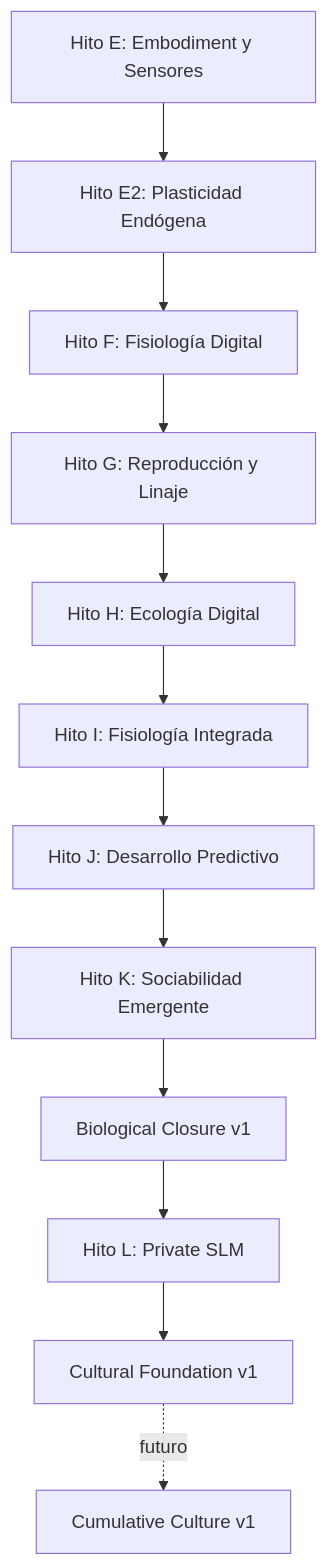
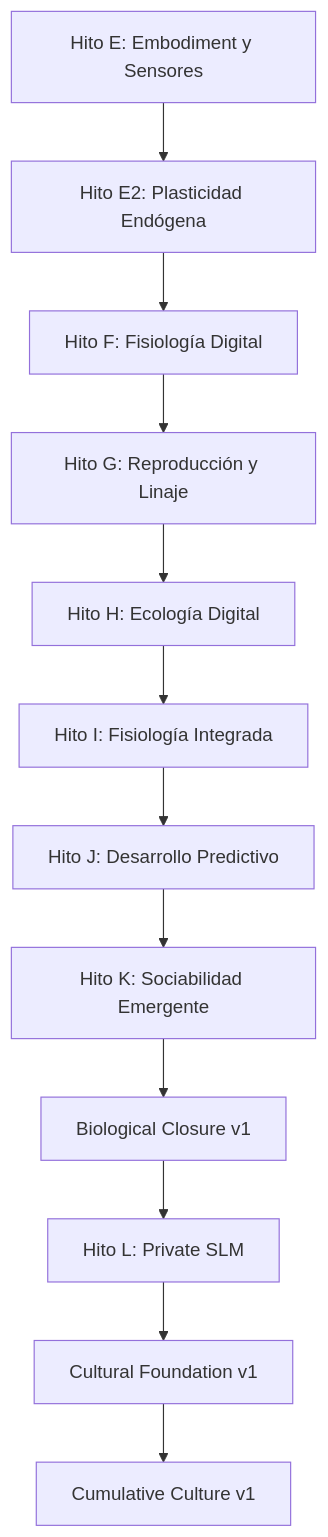
Before and after one commit to alessbarb/symbiont-lab: the diagram in docs/design/README.md, drawn with Mermaid. The commit also changed other lines of this file and 5 other files, not shown here.

Commit message:
docs(research): define cumulative culture v1

````diff
--- a/docs/design/README.md
+++ b/docs/design/README.md
@@ -16,13 +16,13 @@
 ```mermaid
 flowchart TD
     E["Hito E: Embodiment y Sensores"] --> E2["Hito E2: Plasticidad Endógena"]
     E2 --> F["Hito F: Fisiología Digital"]
     F --> G["Hito G: Reproducción y Linaje"]
     G --> H["Hito H: Ecología Digital"]
     H --> I["Hito I: Fisiología Integrada"]
     I --> J["Hito J: Desarrollo Predictivo"]
     J --> K["Hito K: Sociabilidad Emergente"]
     K --> BC["Biological Closure v1"]
     BC --> L["Hito L: Private SLM"]
-    L --> CF["Cultural Foundation v1"] -. futuro .-> C["Cumulative Culture v1"]
+    L --> CF["Cultural Foundation v1"] --> C["Cumulative Culture v1"]
 ```
````
